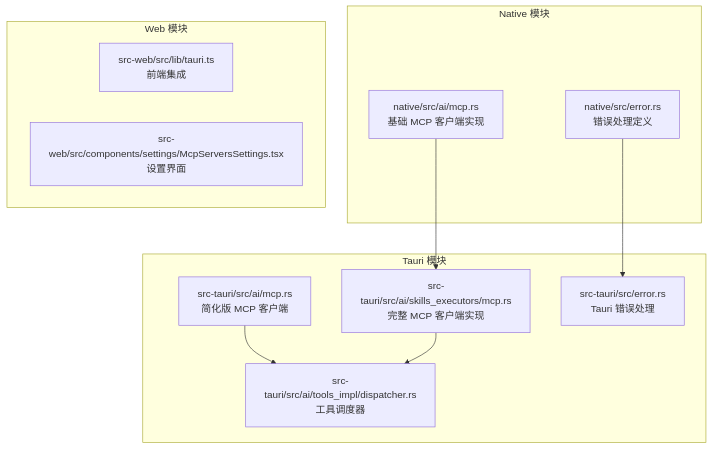
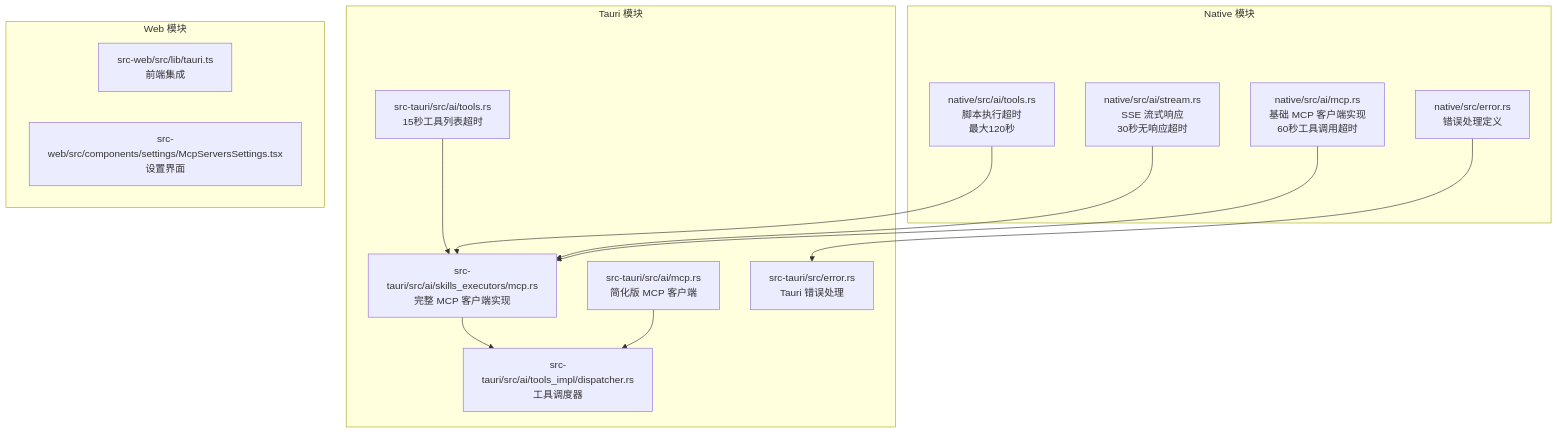
Before and after one commit to baike08/cosurf: the first of 13 diagrams in .qoder/repowiki/zh/content/MCP 协议集成/MCP 客户端实现.md, drawn with Mermaid. The commit also changed other lines of this file and 23 other files, not shown here.

````diff
--- a/.qoder/repowiki/zh/content/MCP 协议集成/MCP 客户端实现.md
+++ b/.qoder/repowiki/zh/content/MCP 协议集成/MCP 客户端实现.md
@@ -40,21 +55,27 @@
 ```mermaid
 graph TB
 subgraph "Native 模块"
-N1[native/src/ai/mcp.rs<br/>基础 MCP 客户端实现]
+N1[native/src/ai/mcp.rs<br/>基础 MCP 客户端实现<br/>60秒工具调用超时]
 N2[native/src/error.rs<br/>错误处理定义]
+N3[native/src/ai/stream.rs<br/>SSE 流式响应<br/>30秒无响应超时]
+N4[native/src/ai/tools.rs<br/>脚本执行超时<br/>最大120秒]
 end
 subgraph "Tauri 模块"
 T1[src-tauri/src/ai/mcp.rs<br/>简化版 MCP 客户端]
 T2[src-tauri/src/ai/skills_executors/mcp.rs<br/>完整 MCP 客户端实现]
 T3[src-tauri/src/error.rs<br/>Tauri 错误处理]
 T4[src-tauri/src/ai/tools_impl/dispatcher.rs<br/>工具调度器]
+T5[src-tauri/src/ai/tools.rs<br/>15秒工具列表超时]
 end
 subgraph "Web 模块"
 W1[src-web/src/lib/tauri.ts<br/>前端集成]
 W2[src-web/src/components/settings/McpServersSettings.tsx<br/>设置界面]
 end
 N1 --> T2
 T1 --> T4
 T2 --> T4
 N2 --> T3
+N3 --> T2
+N4 --> T2
+T5 --> T2
 ```
````
